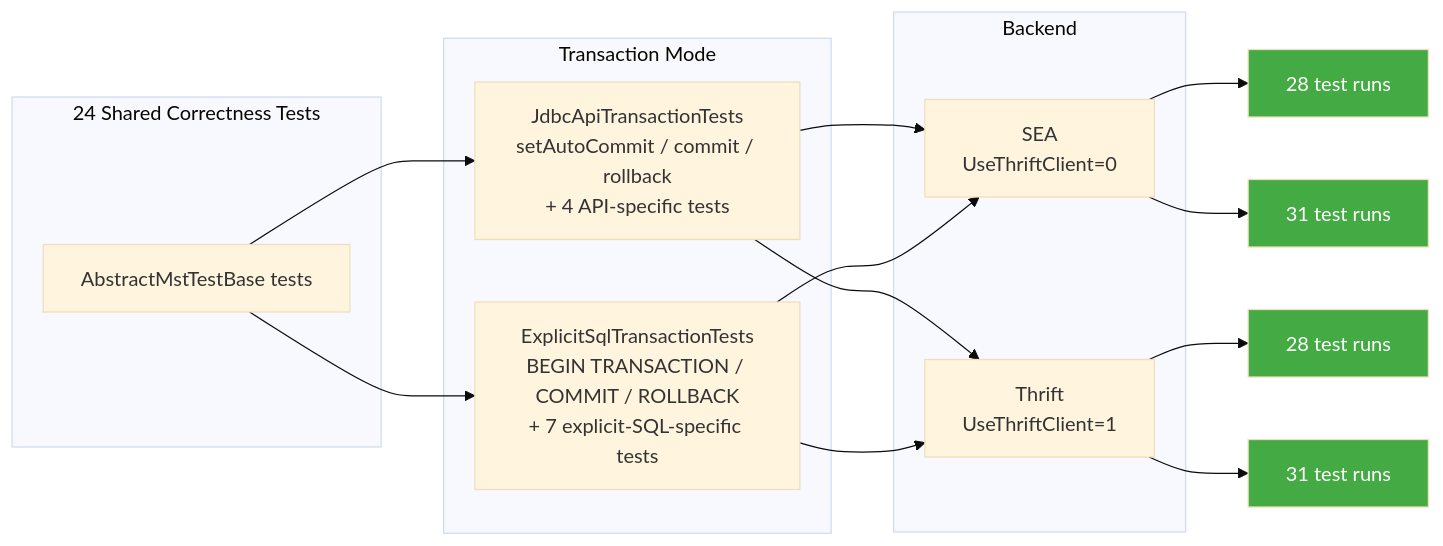
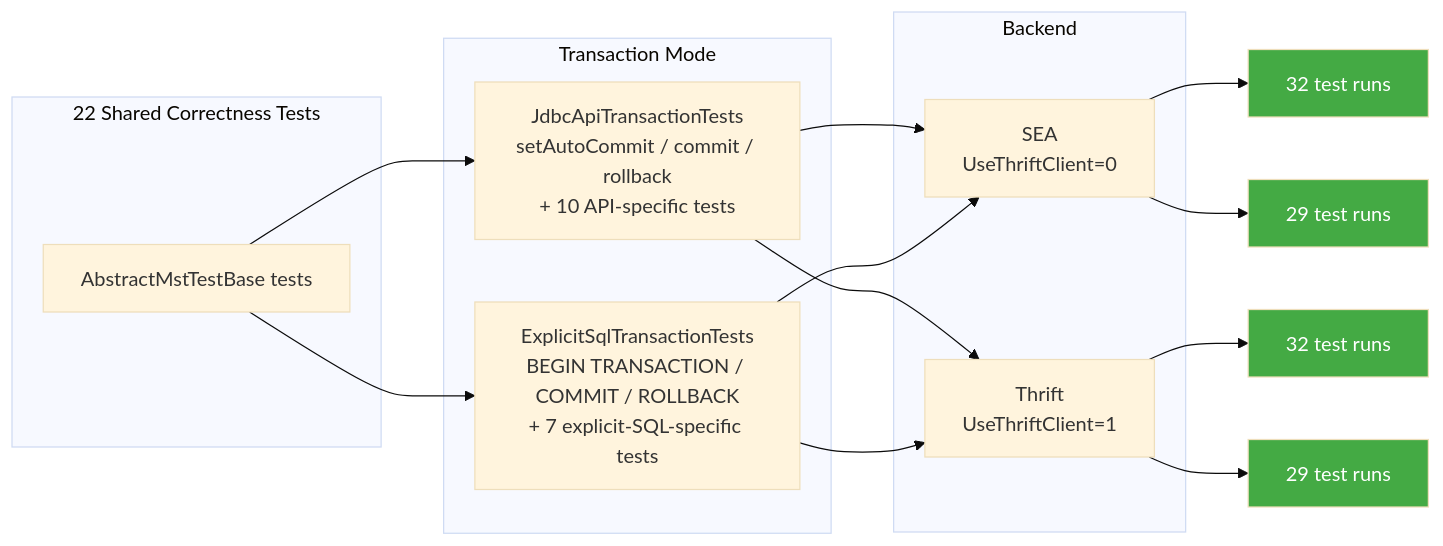
Before and after one commit to databricks/databricks-jdbc: the fifth of 10 diagrams in docs/mst-test-design.md, drawn with Mermaid (base theme). The commit also changed other lines of this file, not shown here.

First line of the commit message:
Move auto-start tests to JdbcApiTransactionTests

````diff
--- a/docs/mst-test-design.md
+++ b/docs/mst-test-design.md
@@ -193,33 +197,33 @@
 ```mermaid
 flowchart LR
-    subgraph "24 Shared Correctness Tests"
+    subgraph "22 Shared Correctness Tests"
         TESTS[AbstractMstTestBase tests]
     end
 
     subgraph "Transaction Mode"
-        JDBC["JdbcApiTransactionTests<br/>setAutoCommit / commit / rollback<br/>+ 4 API-specific tests"]
+        JDBC["JdbcApiTransactionTests<br/>setAutoCommit / commit / rollback<br/>+ 10 API-specific tests"]
         EXPLICIT["ExplicitSqlTransactionTests<br/>BEGIN TRANSACTION / COMMIT / ROLLBACK<br/>+ 7 explicit-SQL-specific tests"]
     end
 
     subgraph "Backend"
         SEA[SEA<br/>UseThriftClient=0]
         THRIFT[Thrift<br/>UseThriftClient=1]
     end
 
     TESTS --> JDBC
     TESTS --> EXPLICIT
     JDBC --> SEA
     JDBC --> THRIFT
     EXPLICIT --> SEA
     EXPLICIT --> THRIFT
 
-    SEA --> R1["28 test runs"]
-    THRIFT --> R2["28 test runs"]
-    SEA --> R3["31 test runs"]
-    THRIFT --> R4["31 test runs"]
+    SEA --> R1["32 test runs"]
+    THRIFT --> R2["32 test runs"]
+    SEA --> R3["29 test runs"]
+    THRIFT --> R4["29 test runs"]
 
     style R1 fill:#4a4,color:#fff
     style R2 fill:#4a4,color:#fff
     style R3 fill:#4a4,color:#fff
     style R4 fill:#4a4,color:#fff
 ```
````
